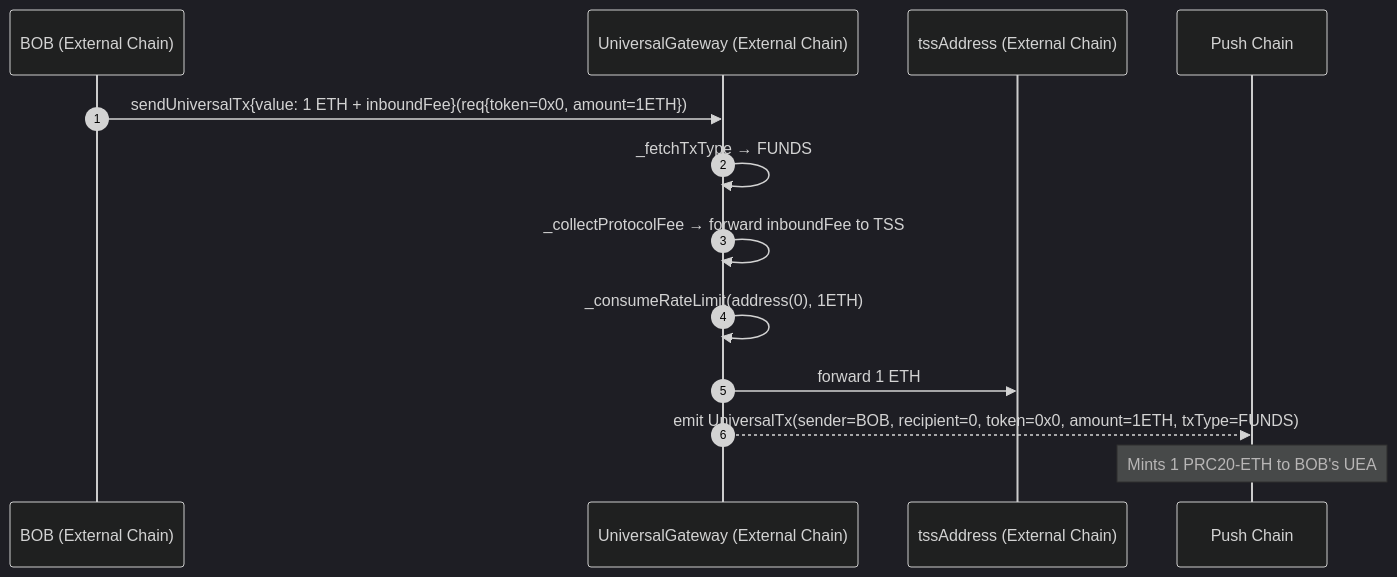
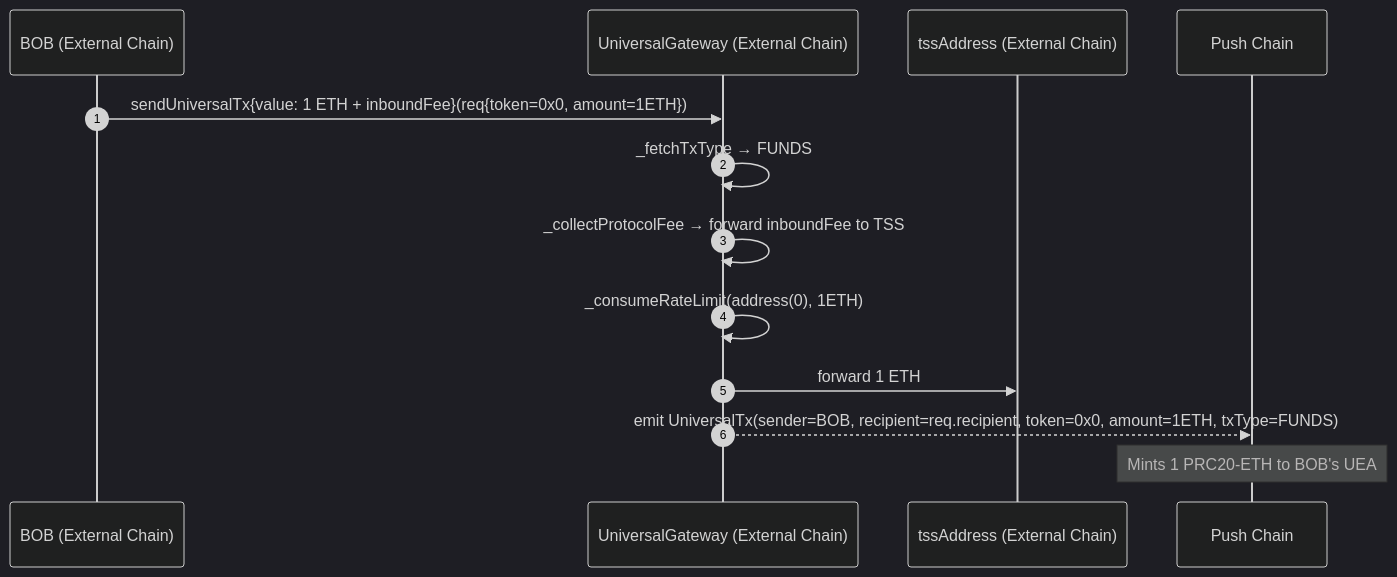
One commit to pushchain/push-chain-interop-contracts changed the third of 9 diagrams in contracts/evm-gateway/docs/5_InboundTx_Flows.md. Above: the diagram before and after it, drawn with Mermaid (dark theme). The commit also changed other lines of this file and 2 other files, not shown here.

````diff
--- a/contracts/evm-gateway/docs/5_InboundTx_Flows.md
+++ b/contracts/evm-gateway/docs/5_InboundTx_Flows.md
@@ -284,16 +285,16 @@
 ```mermaid
 sequenceDiagram
     autonumber
     participant BOB as BOB (External Chain)
     participant GW as UniversalGateway (External Chain)
     participant TSS as tssAddress (External Chain)
     participant PC as Push Chain
 
     BOB->>GW: sendUniversalTx{value: 1 ETH + inboundFee}(req{token=0x0, amount=1ETH})
     GW->>GW: _fetchTxType → FUNDS
     GW->>GW: _collectProtocolFee → forward inboundFee to TSS
     GW->>GW: _consumeRateLimit(address(0), 1ETH)
     GW->>TSS: forward 1 ETH
-    GW-->>PC: emit UniversalTx(sender=BOB, recipient=0, token=0x0, amount=1ETH, txType=FUNDS)
+    GW-->>PC: emit UniversalTx(sender=BOB, recipient=req.recipient, token=0x0, amount=1ETH, txType=FUNDS)
     Note over PC: Mints 1 PRC20-ETH to BOB's UEA
 ```
````
